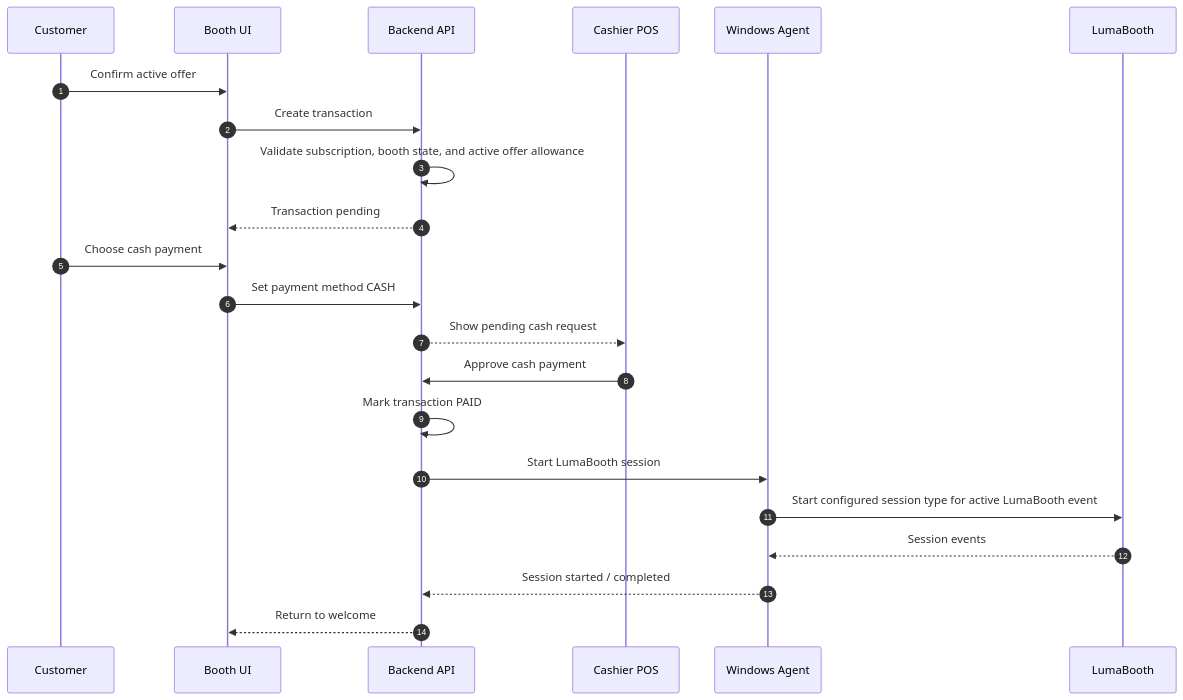
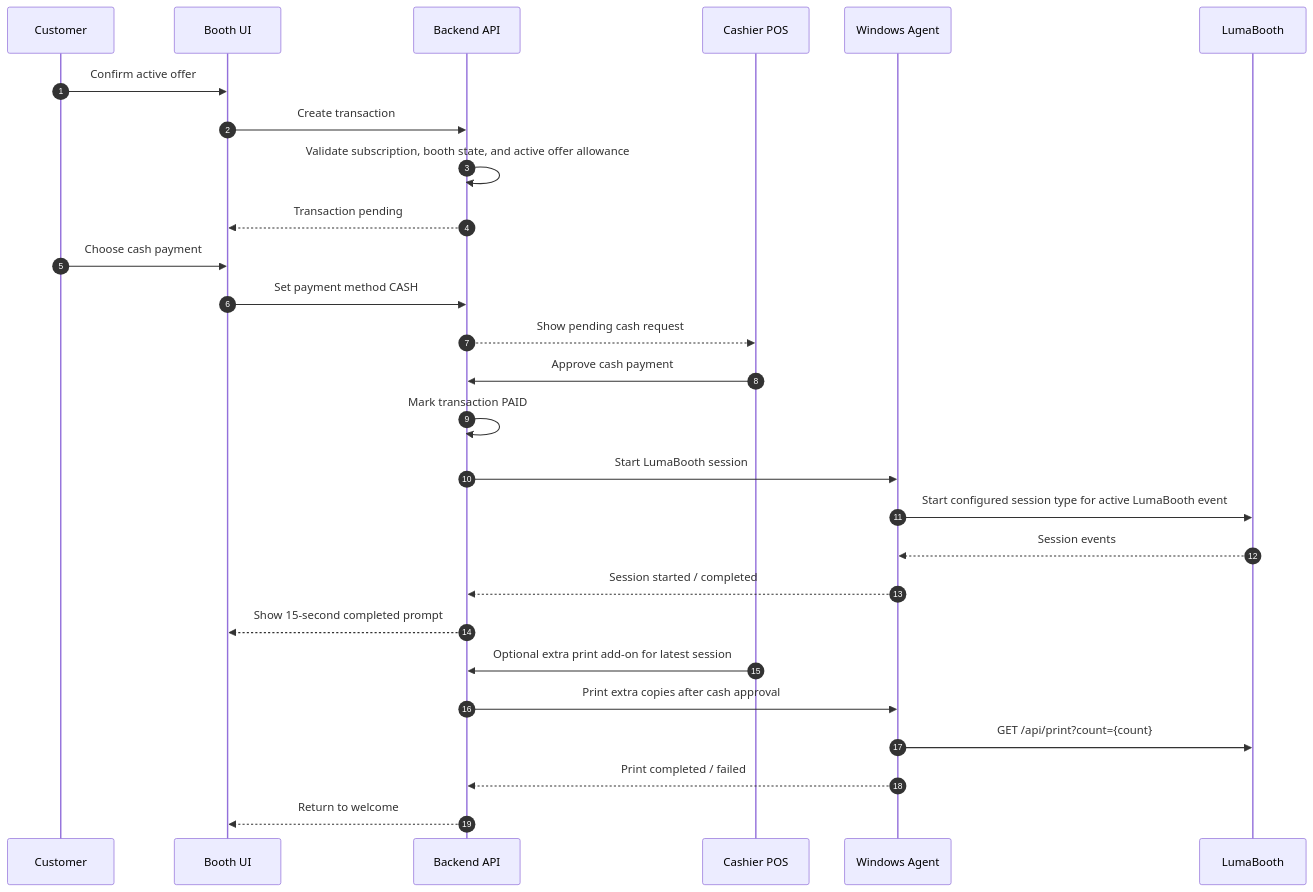
Before and after one commit to quinjan/PhotoBIZ: the third of 9 diagrams in docs/ARCHITECTURE.md, drawn with Mermaid. The commit also changed other lines of this file and 29 other files, not shown here.

````diff
--- a/docs/ARCHITECTURE.md
+++ b/docs/ARCHITECTURE.md
@@ -67,26 +67,31 @@
 ```mermaid
 sequenceDiagram
   autonumber
   participant C as Customer
   participant B as Booth UI
   participant API as Backend API
   participant POS as Cashier POS
   participant A as Windows Agent
   participant L as LumaBooth
 
   C->>B: Confirm active offer
   B->>API: Create transaction
   API->>API: Validate subscription, booth state, and active offer allowance
   API-->>B: Transaction pending
   C->>B: Choose cash payment
   B->>API: Set payment method CASH
   API-->>POS: Show pending cash request
   POS->>API: Approve cash payment
 
   API->>API: Mark transaction PAID
   API->>A: Start LumaBooth session
   A->>L: Start configured session type for active LumaBooth event
   L-->>A: Session events
   A-->>API: Session started / completed
+  API-->>B: Show 15-second completed prompt
+  POS->>API: Optional extra print add-on for latest session
+  API->>A: Print extra copies after cash approval
+  A->>L: GET /api/print?count={count}
+  A-->>API: Print completed / failed
   API-->>B: Return to welcome
 ```
````
